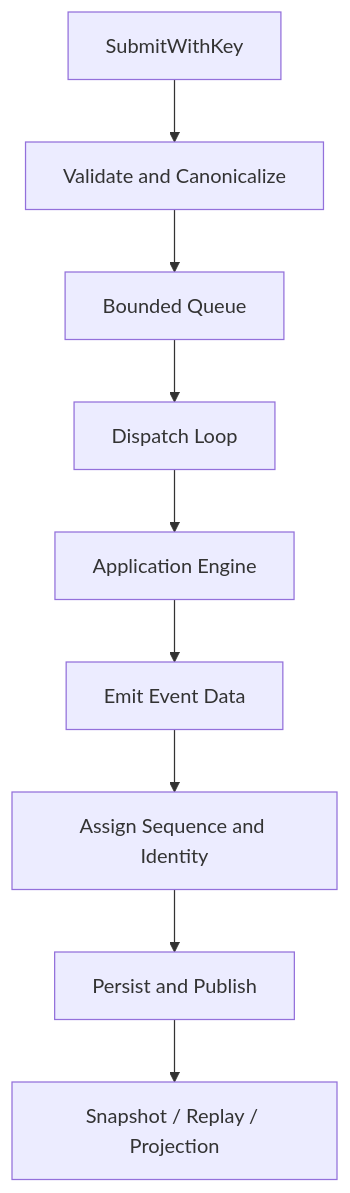
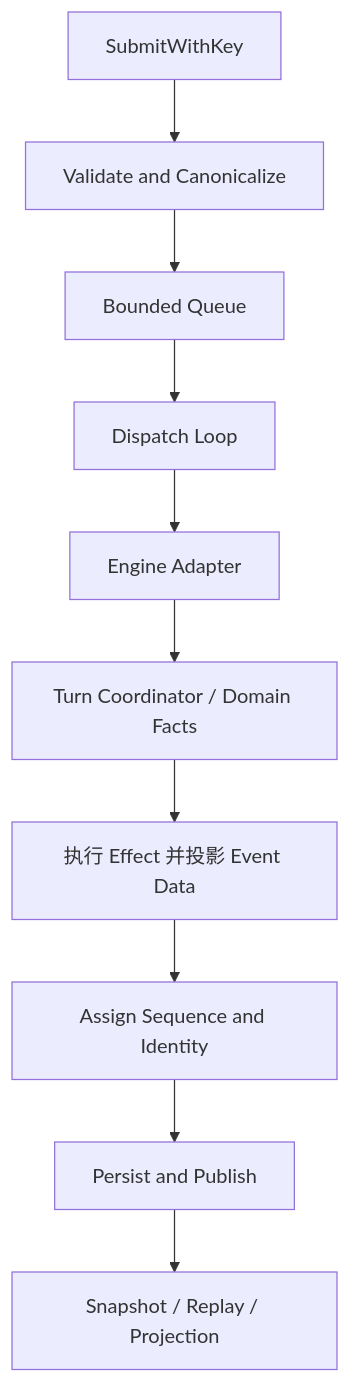
Before and after one commit to fwtllh-png/CodeHelper: the diagram in docs/book/zh-CN/03-runtime-kernel/02-application-runtime.md, drawn with Mermaid. The commit also changed other lines of this file and 14 other files, not shown here.

````diff
--- a/docs/book/zh-CN/03-runtime-kernel/02-application-runtime.md
+++ b/docs/book/zh-CN/03-runtime-kernel/02-application-runtime.md
@@ -67,11 +71,12 @@
 ```mermaid
 flowchart TD
     S[SubmitWithKey] --> V[Validate and Canonicalize]
     V --> Q[Bounded Queue]
     Q --> D[Dispatch Loop]
-    D --> E[Application Engine]
-    E --> M[Emit Event Data]
+    D --> E[Engine Adapter]
+    E --> K[Turn Coordinator / Domain Facts]
+    K --> M[执行 Effect 并投影 Event Data]
     M --> N[Assign Sequence and Identity]
     N --> P[Persist and Publish]
     P --> X[Snapshot / Replay / Projection]
 ```
````
